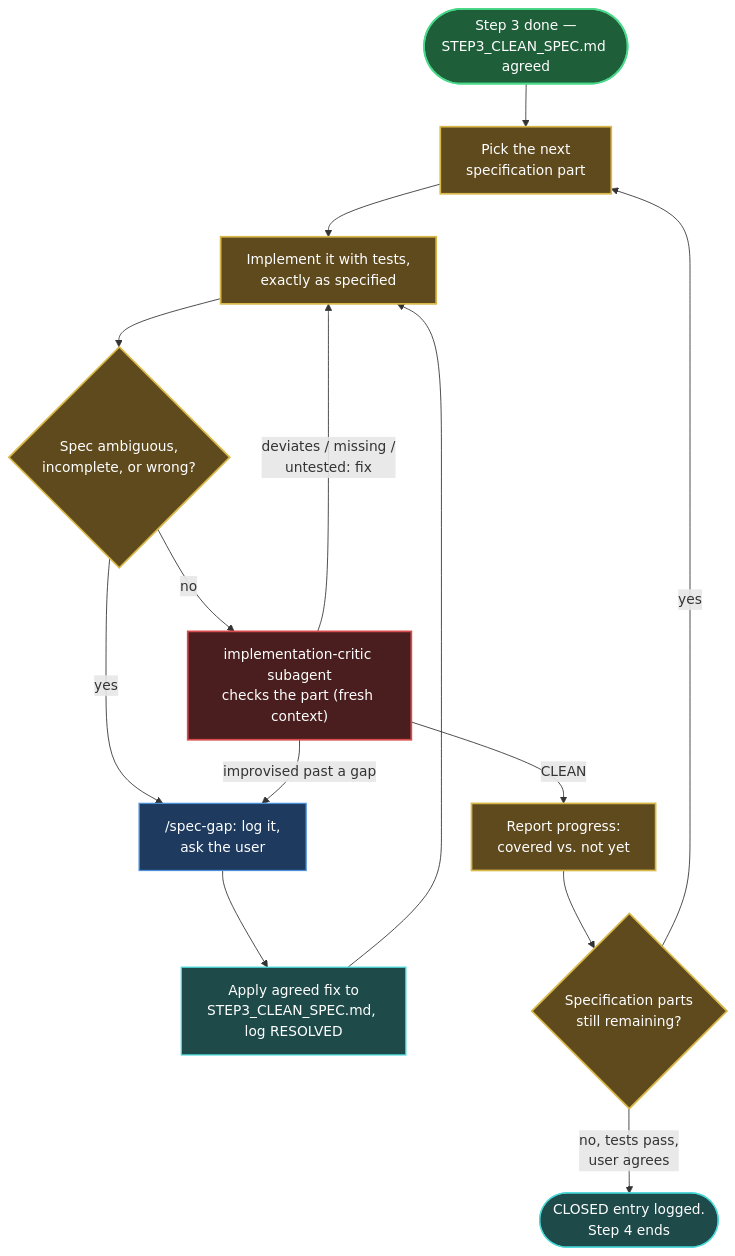
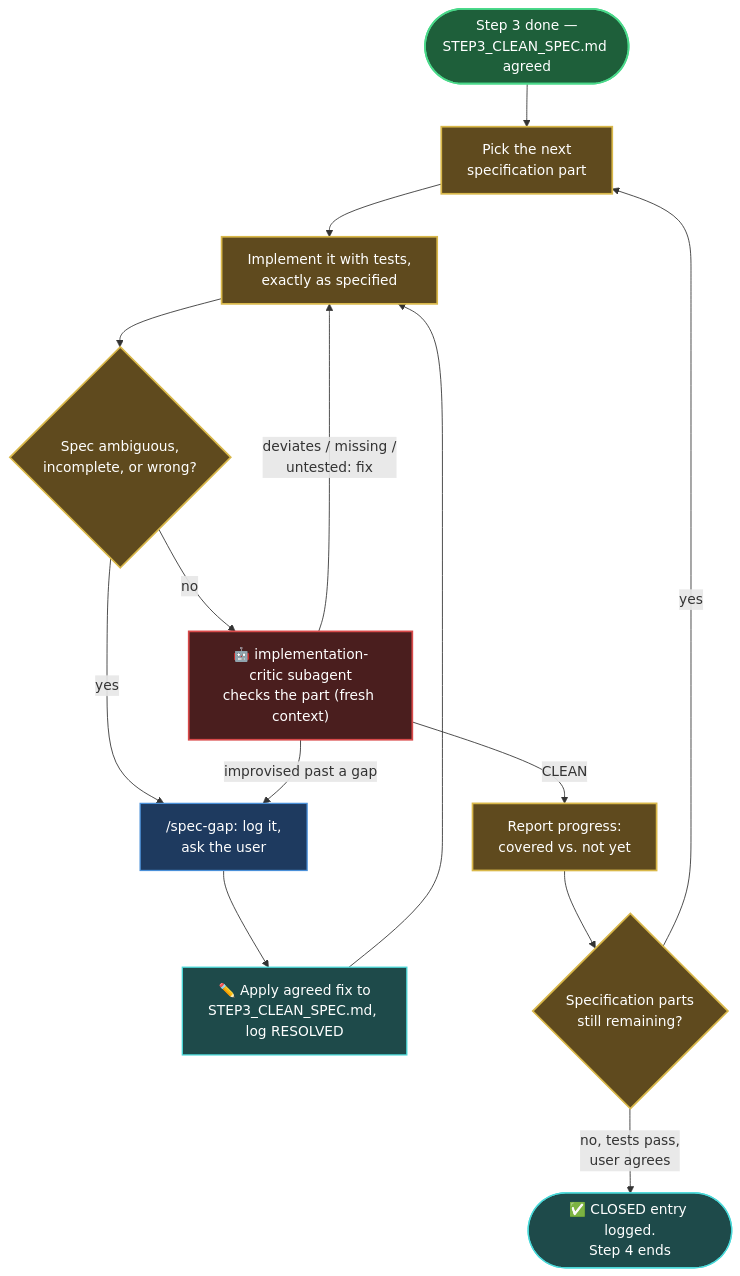
Before and after one commit to jeromeetienne/vibe_to_spec: the diagram in steps/step_04_implementation/README.md, drawn with Mermaid. The commit also changed 6 other files, not shown here.

First line of the commit message:
Apply global_workflow.md legend's symbols to all repo diagrams

````diff
--- a/steps/step_04_implementation/README.md
+++ b/steps/step_04_implementation/README.md
@@ -36,39 +36,39 @@
 ```mermaid
 flowchart TD
     Start(["Step 3 done —
 STEP3_CLEAN_SPEC.md agreed"]) --> Pick["Pick the next
 specification part"]
     Pick --> Implement["Implement it with tests,
 exactly as specified"]
     Implement --> Ambiguous{"Spec ambiguous,
 incomplete, or wrong?"}
     Ambiguous -->|"yes"| Gap["/spec-gap: log it,
 ask the user"]
-    Gap --> Amend["Apply agreed fix to
+    Gap --> Amend["✏️ Apply agreed fix to
 STEP3_CLEAN_SPEC.md, log RESOLVED"]
     Amend --> Implement
-    Ambiguous -->|"no"| Critique["implementation-critic subagent
+    Ambiguous -->|"no"| Critique["🤖 implementation-critic subagent
 checks the part (fresh context)"]
     Critique -->|"deviates / missing /
 untested: fix"| Implement
     Critique -->|"improvised past a gap"| Gap
     Critique -->|"CLEAN"| Report["Report progress:
 covered vs. not yet"]
     Report --> More{"Specification parts
 still remaining?"}
     More -->|"yes"| Pick
     More -->|"no, tests pass,
-user agrees"| Closed(["CLOSED entry logged.
+user agrees"| Closed(["✅ CLOSED entry logged.
 Step 4 ends"])
 
     classDef loop fill:#5f4a1e,stroke:#d9b84a,stroke-width:2px,color:#fff;
     classDef cmd fill:#1e3a5f,stroke:#4a90d9,stroke-width:1.5px,color:#fff;
     classDef rec fill:#1e4a4a,stroke:#4ad9d9,stroke-width:1.5px,color:#fff;
     classDef done fill:#1e5f3a,stroke:#4ad98a,stroke-width:2px,color:#fff;
     classDef critic fill:#4a1e1e,stroke:#d94a4a,stroke-width:2px,color:#fff;
     class Start done;
     class Pick,Implement,Ambiguous,Report,More loop;
     class Gap cmd;
     class Amend,Closed rec;
     class Critique critic;
 ```
````
